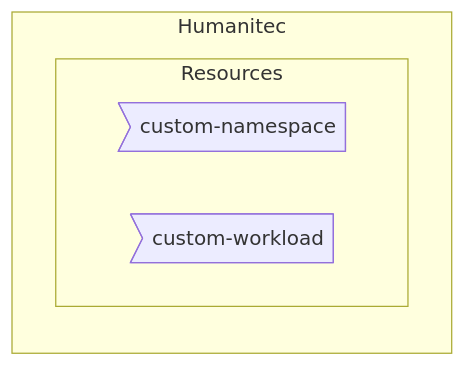
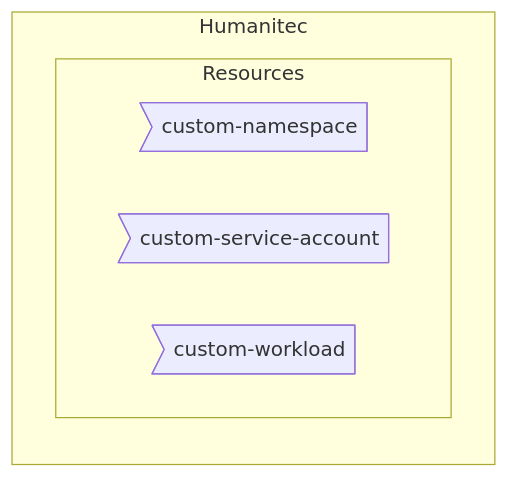
Before and after one commit to mathieu-benoit/hello-humanitec: the diagram in docs/common.md, drawn with Mermaid. The commit also changed other lines of this file and 2 other files, not shown here.

Commit message:
custom-service-account

````diff
--- a/docs/common.md
+++ b/docs/common.md
@@ -8,9 +9,10 @@
 ```mermaid
 flowchart LR
   subgraph Humanitec
     subgraph Resources
         custom-namespace>custom-namespace]
+        custom-service-account>custom-service-account]
         custom-workload>custom-workload]
     end
   end
 ```
````
